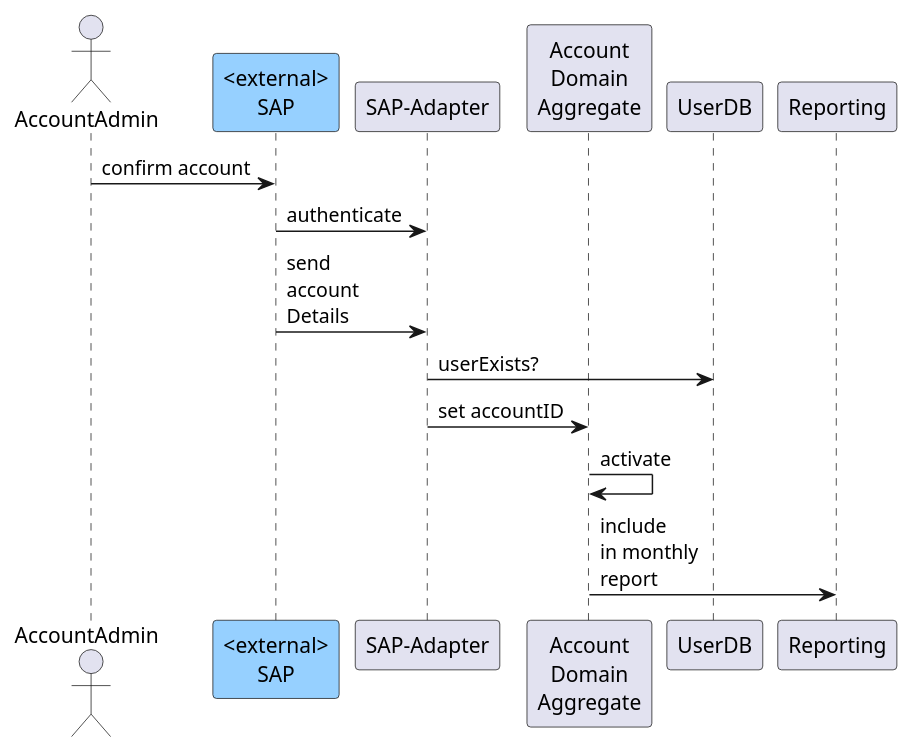
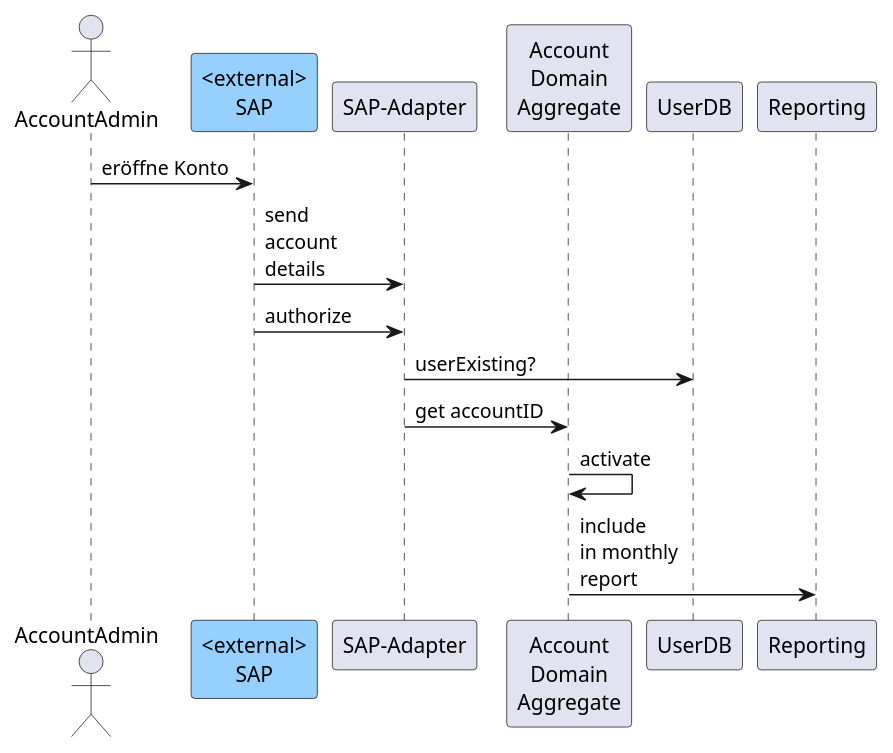
Before and after one commit to arc42/docs.arc42.org-site: the diagram in originals/plantuml-diagrams/sequence-diagrams/07-schematic-sequence.puml, drawn with PlantUML. The commit also changed 3 other files, not shown here.

Commit message:
new sequence PlantUML diagram

```diff
--- a/originals/plantuml-diagrams/sequence-diagrams/07-schematic-sequence.puml
+++ b/originals/plantuml-diagrams/sequence-diagrams/07-schematic-sequence.puml
@@ -1,18 +1,18 @@
 @startuml
 actor AccountAdmin as AA
 participant SAP as "<external>\nSAP" #96d0ff
-AA -> SAP: confirm account
+AA -> SAP: eröffne Konto
 
 participant "SAP-Adapter" as SA
-SAP -> SA : authenticate
-SAP -> SA : send\naccount\nDetails
+SAP -> SA : send\naccount\ndetails
+SAP -> SA : authorize
 
 participant "Account\nDomain\nAggregate" as ADA
 
-SA -> UserDB: userExists?
-SA -> ADA: set accountID
+SA -> UserDB: userExisting?
+SA -> ADA: get accountID
 ADA -> ADA: activate
 ADA -> Reporting: include\nin monthly\nreport
 
 
 @enduml
```
